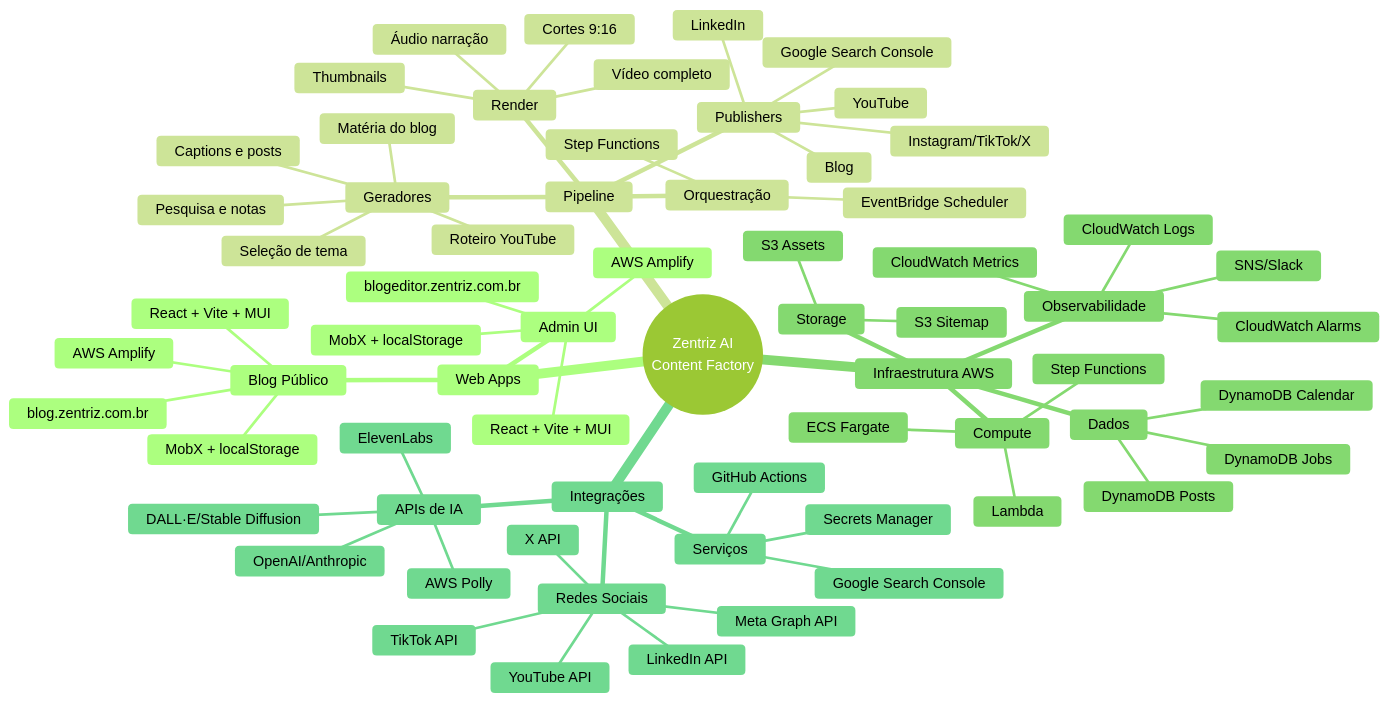
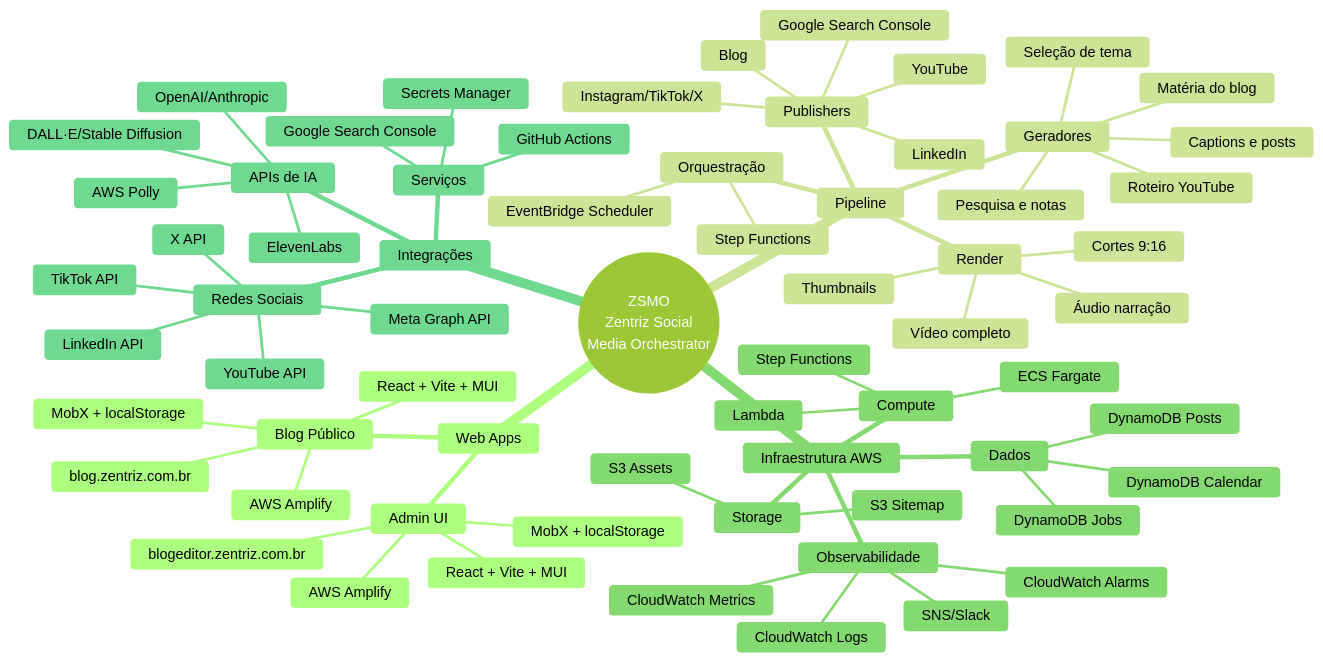
The diagram in docs/README.md (zentriztech/zentriz-ai-content-factory), drawn with Mermaid (forest theme) before and after one commit. The commit also changed other lines of this file and 2 other files, not shown here.

````diff
--- a/docs/README.md
+++ b/docs/README.md
@@ -314,69 +341,69 @@
 ```mermaid
 mindmap
-  root((Zentriz AI<br/>Content Factory))
+  root((ZSMO<br/>Zentriz Social<br/>Media Orchestrator))
     Web Apps
       Blog Público
         React + Vite + MUI
         MobX + localStorage
         blog.zentriz.com.br
         AWS Amplify
       Admin UI
         React + Vite + MUI
         MobX + localStorage
         blogeditor.zentriz.com.br
         AWS Amplify
     Pipeline
       Orquestração
         Step Functions
         EventBridge Scheduler
       Geradores
         Seleção de tema
         Pesquisa e notas
         Matéria do blog
         Roteiro YouTube
         Captions e posts
       Render
         Áudio narração
         Vídeo completo
         Cortes 9:16
         Thumbnails
       Publishers
         Blog
         YouTube
         LinkedIn
         Instagram/TikTok/X
         Google Search Console
     Infraestrutura AWS
       Compute
         Lambda
         ECS Fargate
         Step Functions
       Storage
         S3 Assets
         S3 Sitemap
       Dados
         DynamoDB Jobs
         DynamoDB Posts
         DynamoDB Calendar
       Observabilidade
         CloudWatch Logs
         CloudWatch Metrics
         CloudWatch Alarms
         SNS/Slack
     Integrações
       APIs de IA
         OpenAI/Anthropic
         AWS Polly
         ElevenLabs
         DALL·E/Stable Diffusion
       Redes Sociais
         YouTube API
         LinkedIn API
         X API
         Meta Graph API
         TikTok API
       Serviços
         Google Search Console
         Secrets Manager
         GitHub Actions
 ```
````
